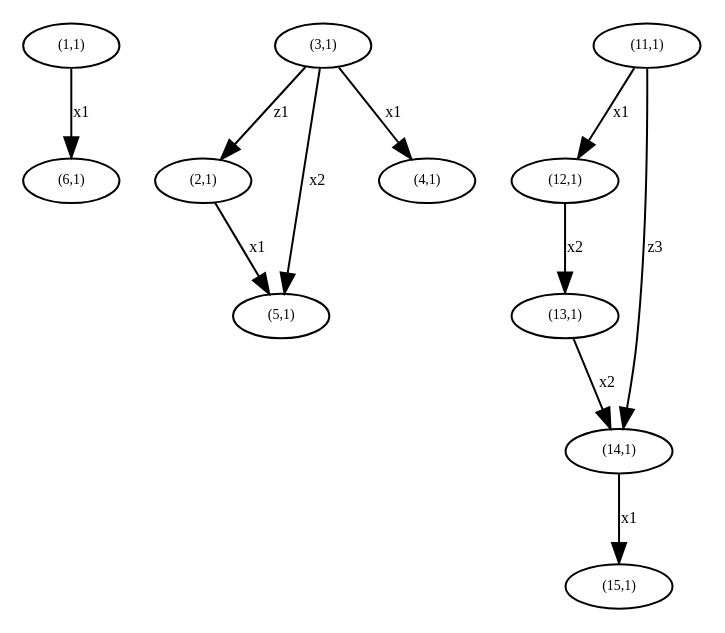
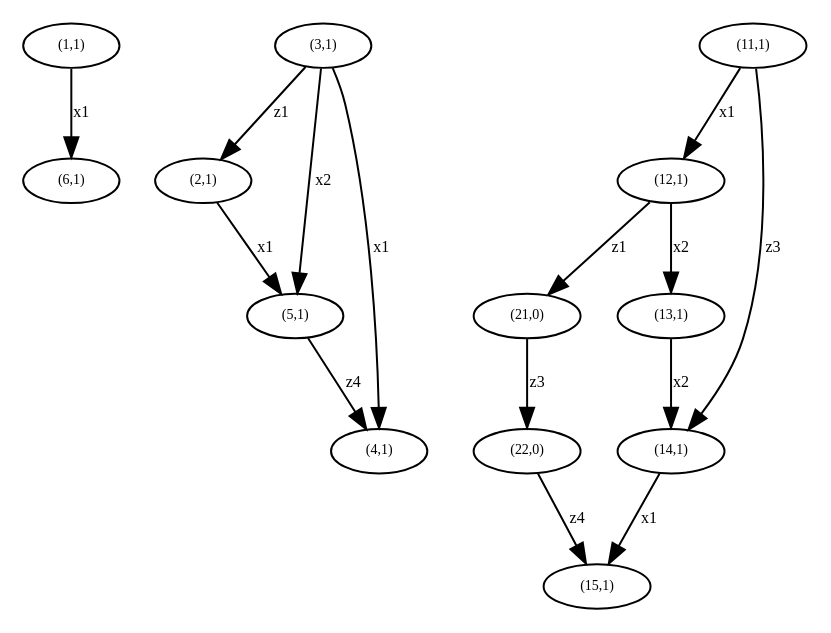
The diagram in python/genfold/alg3_test_D2_1.gv (AndrewDuncan/Doublecoset), drawn with Graphviz before and after one commit. The commit also changed 6 other files, not shown here.

```diff
--- a/python/genfold/alg3_test_D2_1.gv
+++ b/python/genfold/alg3_test_D2_1.gv
@@ -1,22 +1,28 @@
 digraph D2_1 {
 "Hv(1,1)" [label="(1,1)",fontsize=7,width=.01,height=.01];
 "Hv(1,1)" -> "Hv(6,1)" [label="x1",fontsize=8];
 "Hv(2,1)" [label="(2,1)",fontsize=7,width=.01,height=.01];
 "Hv(2,1)" -> "Hv(5,1)" [label="x1",fontsize=8];
 "Hv(3,1)" [label="(3,1)",fontsize=7,width=.01,height=.01];
 "Hv(3,1)" -> "Hv(5,1)" [label="x2",fontsize=8];
 "Hv(3,1)" -> "Hv(4,1)" [label="x1",fontsize=8];
 "Hv(3,1)" -> "Hv(2,1)" [label="z1",fontsize=8];
 "Hv(4,1)" [label="(4,1)",fontsize=7,width=.01,height=.01];
 "Hv(5,1)" [label="(5,1)",fontsize=7,width=.01,height=.01];
+"Hv(5,1)" -> "Hv(4,1)" [label="z4",fontsize=8];
 "Hv(6,1)" [label="(6,1)",fontsize=7,width=.01,height=.01];
 "Hv(11,1)" [label="(11,1)",fontsize=7,width=.01,height=.01];
 "Hv(11,1)" -> "Hv(12,1)" [label="x1",fontsize=8];
 "Hv(11,1)" -> "Hv(14,1)" [label="z3",fontsize=8];
 "Hv(12,1)" [label="(12,1)",fontsize=7,width=.01,height=.01];
 "Hv(12,1)" -> "Hv(13,1)" [label="x2",fontsize=8];
+"Hv(12,1)" -> "Hv(21,0)" [label="z1",fontsize=8];
 "Hv(13,1)" [label="(13,1)",fontsize=7,width=.01,height=.01];
 "Hv(13,1)" -> "Hv(14,1)" [label="x2",fontsize=8];
 "Hv(14,1)" [label="(14,1)",fontsize=7,width=.01,height=.01];
 "Hv(14,1)" -> "Hv(15,1)" [label="x1",fontsize=8];
-"Hv(15,1)" [label="(15,1)",fontsize=7,width=.01,height=.01];}
+"Hv(15,1)" [label="(15,1)",fontsize=7,width=.01,height=.01];
+"Hv(21,0)" [label="(21,0)",fontsize=7,width=.01,height=.01];
+"Hv(21,0)" -> "Hv(22,0)" [label="z3",fontsize=8];
+"Hv(22,0)" [label="(22,0)",fontsize=7,width=.01,height=.01];
+"Hv(22,0)" -> "Hv(15,1)" [label="z4",fontsize=8];}
```
